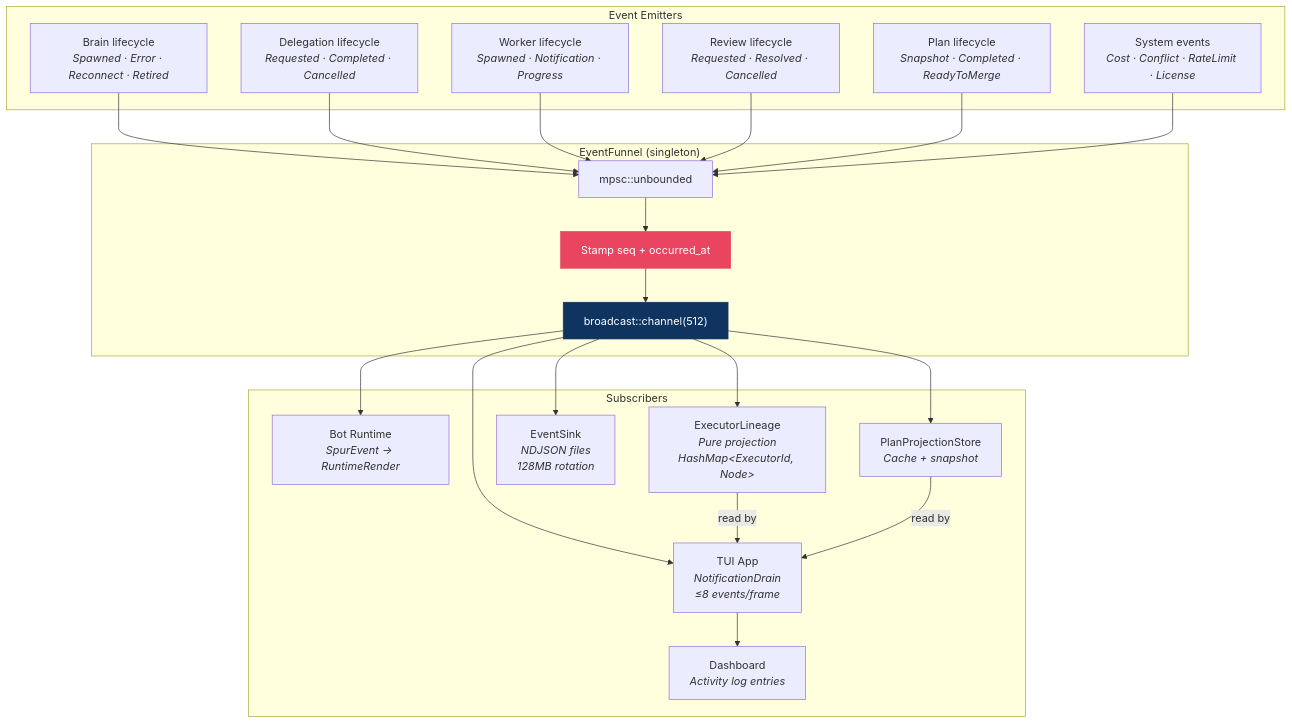
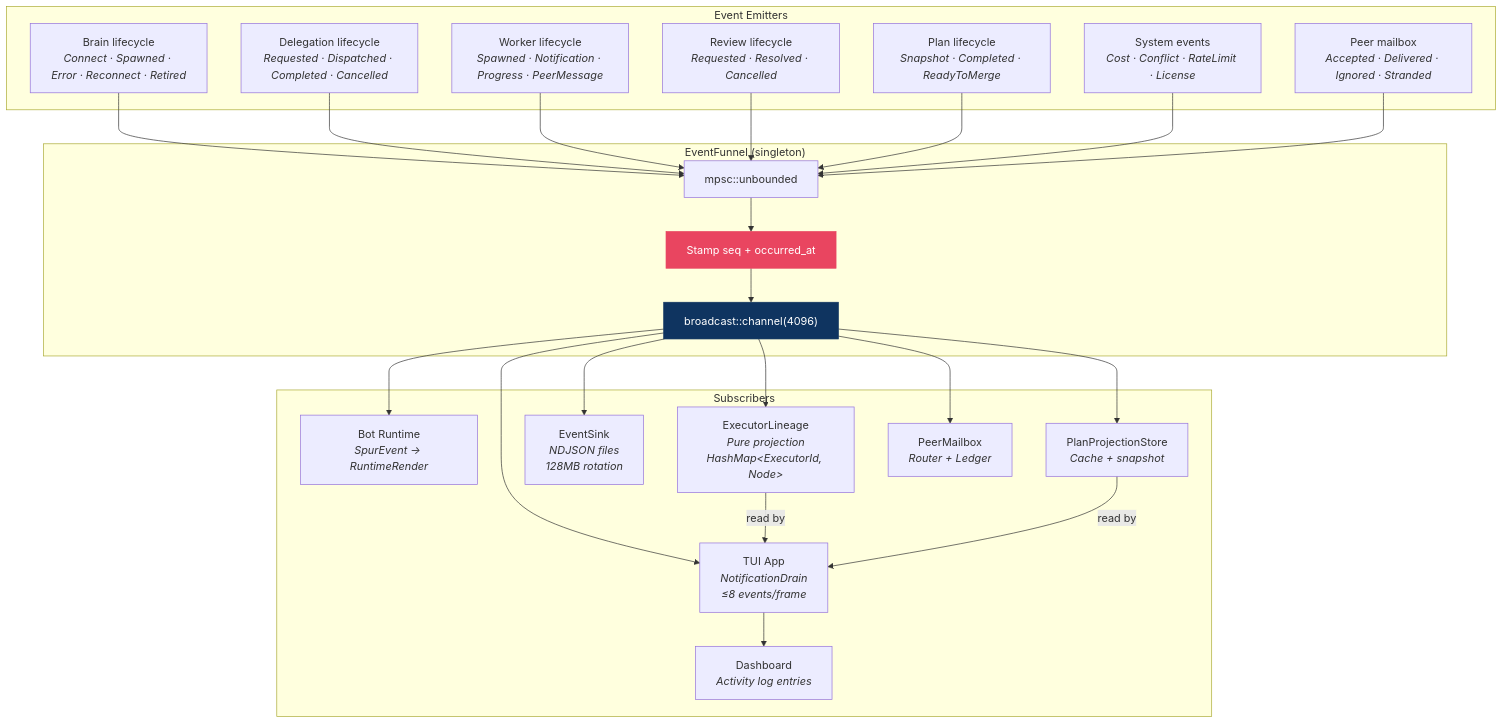
Before and after one commit to getspur/spur: the fourth of 6 diagrams in docs/architecture.md, drawn with Mermaid. The commit also changed other lines of this file, not shown here.

First line of the commit message:
docs(architecture): mark Risk #21 fixed by bd-arch.21

````diff
--- a/docs/architecture.md
+++ b/docs/architecture.md
@@ -297,49 +339,53 @@
 ```mermaid
 flowchart TB
     subgraph EMITTERS["Event Emitters"]
-        O_BRAIN["Brain lifecycle<br/><i>Spawned · Error · Reconnect · Retired</i>"]
-        O_DELEG["Delegation lifecycle<br/><i>Requested · Completed · Cancelled</i>"]
-        O_WORKER["Worker lifecycle<br/><i>Spawned · Notification · Progress</i>"]
+        O_BRAIN["Brain lifecycle<br/><i>Connect · Spawned · Error · Reconnect · Retired</i>"]
+        O_DELEG["Delegation lifecycle<br/><i>Requested · Dispatched · Completed · Cancelled</i>"]
+        O_WORKER["Worker lifecycle<br/><i>Spawned · Notification · Progress · PeerMessage</i>"]
         O_REVIEW["Review lifecycle<br/><i>Requested · Resolved · Cancelled</i>"]
         O_PLAN["Plan lifecycle<br/><i>Snapshot · Completed · ReadyToMerge</i>"]
         O_SYSTEM["System events<br/><i>Cost · Conflict · RateLimit · License</i>"]
+        O_PEER["Peer mailbox<br/><i>Accepted · Delivered · Ignored · Stranded</i>"]
     end
 
     subgraph FUNNEL["EventFunnel (singleton)"]
         MPSC["mpsc::unbounded"]
         STAMP["Stamp seq + occurred_at"]
-        BC["broadcast::channel(512)"]
+        BC["broadcast::channel(4096)"]
     end
 
     subgraph SUBSCRIBERS["Subscribers"]
         S_TUI["TUI App<br/><i>NotificationDrain<br/>≤8 events/frame</i>"]
         S_BOT["Bot Runtime<br/><i>SpurEvent → RuntimeRender</i>"]
         S_LINEAGE["ExecutorLineage<br/><i>Pure projection<br/>HashMap&lt;ExecutorId, Node&gt;</i>"]
         S_SINK["EventSink<br/><i>NDJSON files<br/>128MB rotation</i>"]
         S_DASH["Dashboard<br/><i>Activity log entries</i>"]
         S_PLAN["PlanProjectionStore<br/><i>Cache + snapshot</i>"]
+        S_PEER["PeerMailbox<br/><i>Router + Ledger</i>"]
     end
 
     O_BRAIN --> MPSC
     O_DELEG --> MPSC
     O_WORKER --> MPSC
     O_REVIEW --> MPSC
     O_PLAN --> MPSC
     O_SYSTEM --> MPSC
+    O_PEER --> MPSC
 
     MPSC --> STAMP
     STAMP --> BC
 
     BC --> S_TUI
     BC --> S_BOT
     BC --> S_LINEAGE
     BC --> S_SINK
     BC --> S_PLAN
+    BC --> S_PEER
 
     S_TUI --> S_DASH
     S_LINEAGE -->|"read by"| S_TUI
     S_PLAN -->|"read by"| S_TUI
 
     style STAMP fill:#e94560,stroke:#e94560,color:#fff
     style BC fill:#0f3460,stroke:#0f3460,color:#fff
 ```
````
